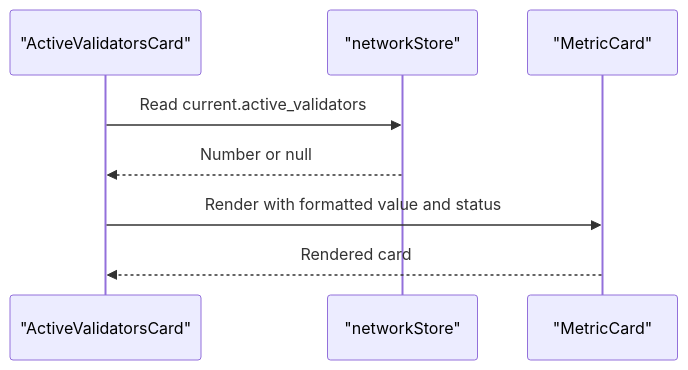
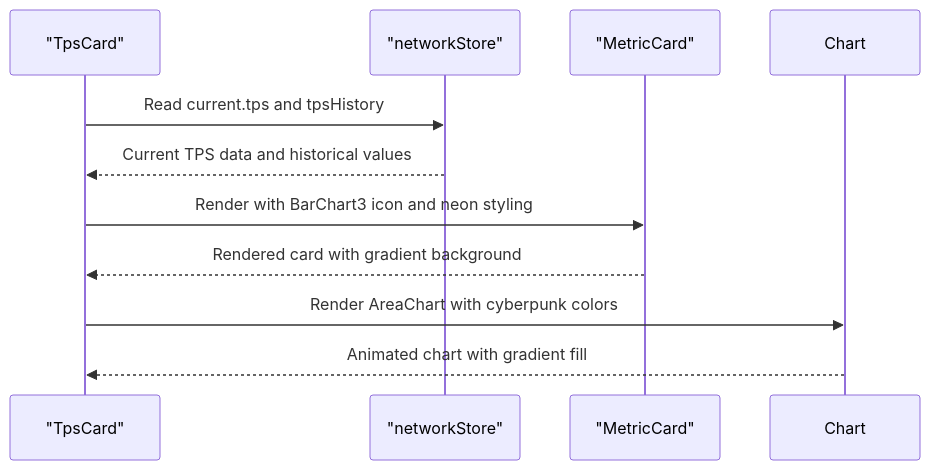
Diagram 11 of 19 in .qoder/repowiki/en/content/Frontend Architecture/Component Architecture.md (RunTimeAdmin/InfraWatch), drawn with Mermaid before and after one commit. The commit also changed other lines of this file and 12 other files, not shown here.

````diff
--- a/.qoder/repowiki/en/content/Frontend Architecture/Component Architecture.md
+++ b/.qoder/repowiki/en/content/Frontend Architecture/Component Architecture.md
@@ -426,10 +431,12 @@
 ```mermaid
 sequenceDiagram
-participant Card as "ActiveValidatorsCard"
+participant Card as "TpsCard"
 participant Store as "networkStore"
 participant Metric as "MetricCard"
-Card->>Store : Read current.active_validators
-Store-->>Card : Number or null
-Card->>Metric : Render with formatted value and status
-Metric-->>Card : Rendered card
+Card->>Store : Read current.tps and tpsHistory
+Store-->>Card : Current TPS data and historical values
+Card->>Metric : Render with BarChart3 icon and neon styling
+Metric-->>Card : Rendered card with gradient background
+Card->>Chart : Render AreaChart with cyberpunk colors
+Chart-->>Card : Animated chart with gradient fill
 ```
````
